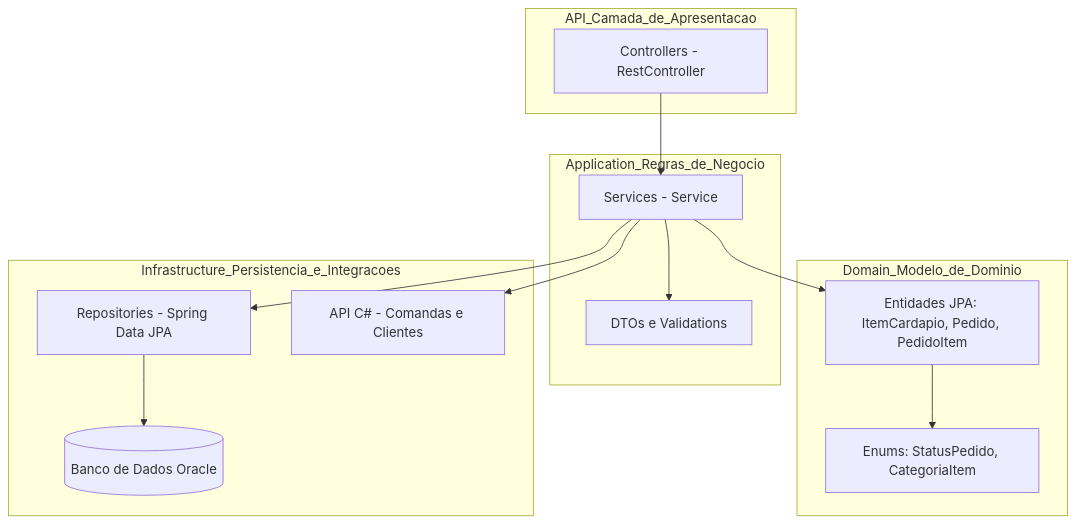
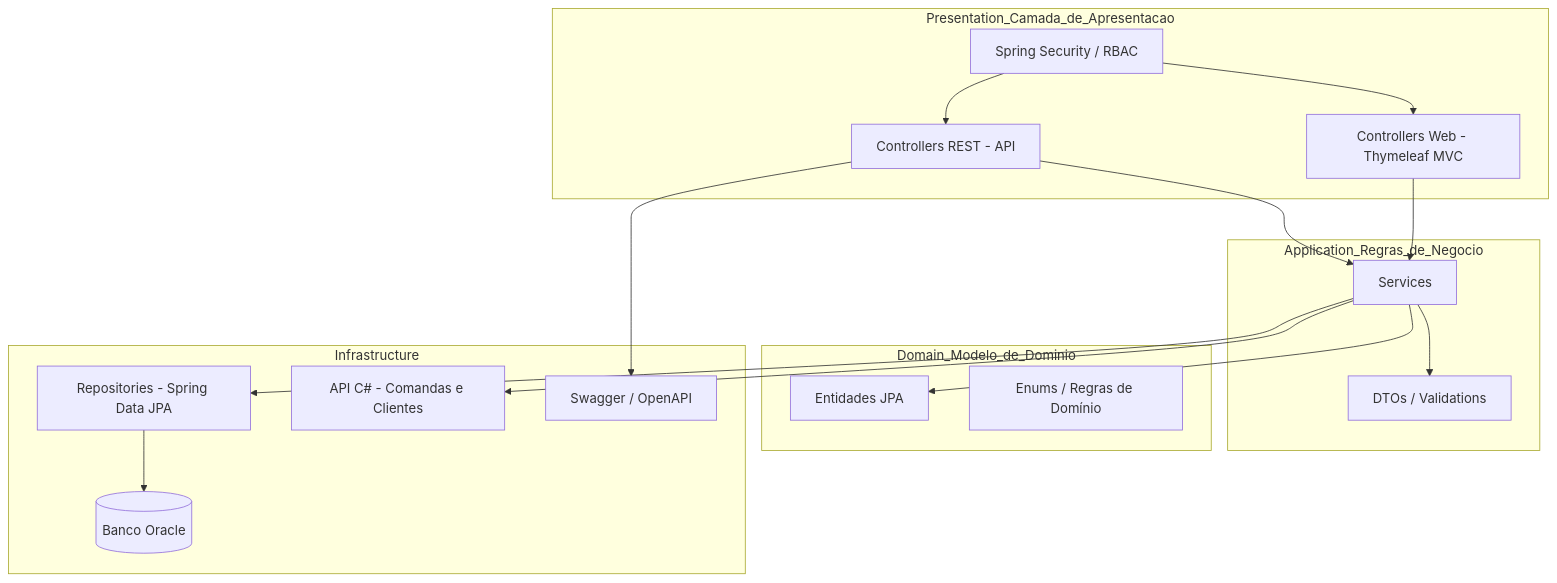
One commit to alanerochaa/pedix-api changed the diagram in README.md. Above: the diagram before and after it, drawn with Mermaid. The commit also changed other lines of this file and 22 other files, not shown here.

````diff
--- a/README.md
+++ b/README.md
@@ -68,36 +160,38 @@
 ```mermaid
 flowchart TD
-    %% Camada de apresentação
-    subgraph API_Camada_de_Apresentacao
-        A[Controllers - RestController]
+
+    subgraph Presentation_Camada_de_Apresentacao
+        A[Controllers REST - API]
+        W[Controllers Web - Thymeleaf MVC]
+        S[Spring Security / RBAC]
     end
 
-    %% Camada de regras de negócio
     subgraph Application_Regras_de_Negocio
-        B[Services - Service]
-        G[DTOs e Validations]
+        B[Services]
+        G[DTOs / Validations]
     end
 
-    %% Camada de domínio
     subgraph Domain_Modelo_de_Dominio
-        C[Entidades JPA: ItemCardapio, Pedido, PedidoItem]
-        H[Enums: StatusPedido, CategoriaItem]
+        C[Entidades JPA]
+        H[Enums / Regras de Domínio]
     end
 
-    %% Camada de infraestrutura e integrações
-    subgraph Infrastructure_Persistencia_e_Integracoes
+    subgraph Infrastructure
         D[Repositories - Spring Data JPA]
-        E[(Banco de Dados Oracle)]
+        E[(Banco Oracle)]
         F[API C# - Comandas e Clientes]
+        O[Swagger / OpenAPI]
     end
 
-    %% Fluxos de dependência
     A --> B
+    W --> B
+    S --> W
+    S --> A
     B --> C
     B --> D
-    D --> E
-    C --> H
     B --> G
     B --> F
+    D --> E
+    A --> O
     
 ```
````
